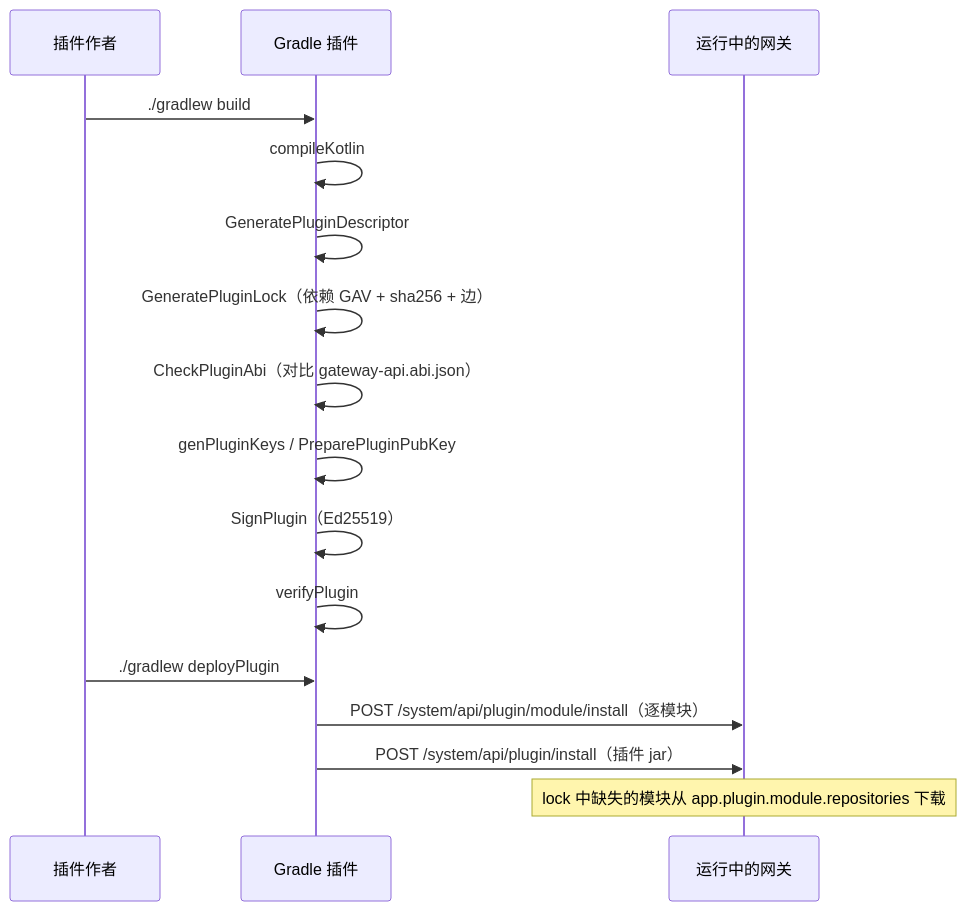
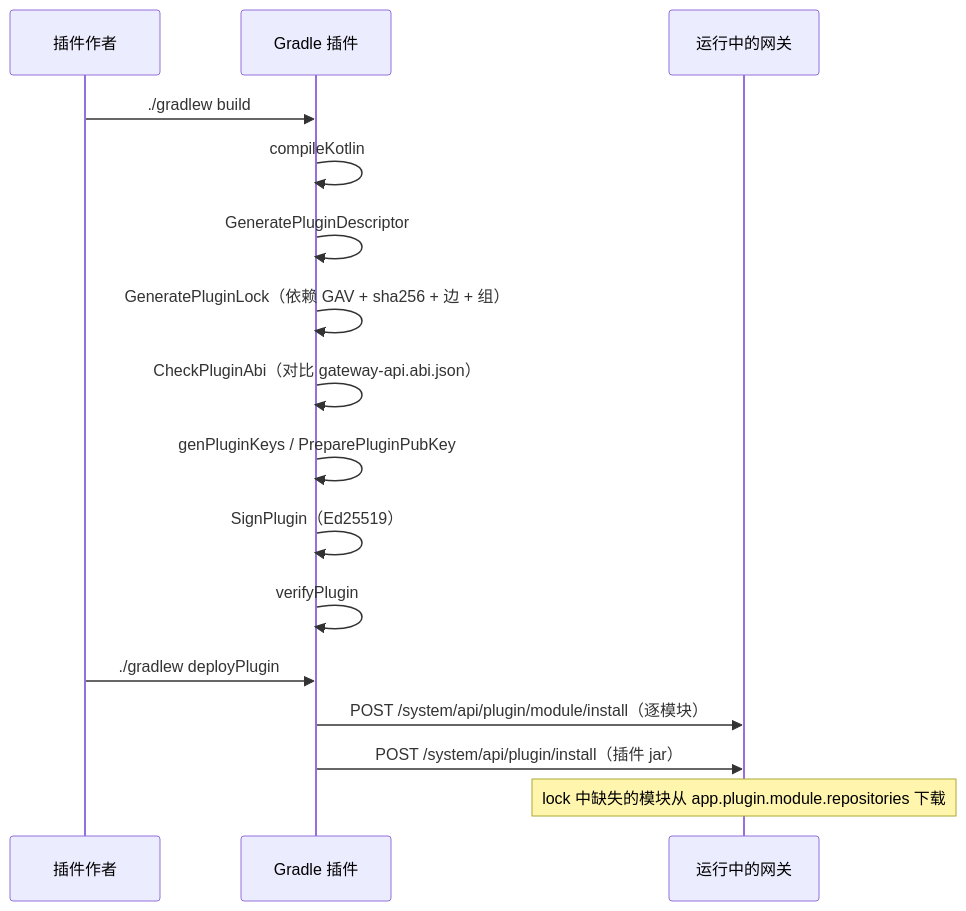
One commit to FatttSnake/api-management changed the second of 8 diagrams in docs/plugin-platform_zh.md. Above: the diagram before and after it, drawn with Mermaid. The commit also changed other lines of this file and 20 other files, not shown here.

````diff
--- a/docs/plugin-platform_zh.md
+++ b/docs/plugin-platform_zh.md
@@ -113,20 +113,20 @@
 ```mermaid
 sequenceDiagram
     participant Dev as 插件作者
     participant G as Gradle 插件
     participant GW as 运行中的网关
 
     Dev->>G: ./gradlew build
     G->>G: compileKotlin
     G->>G: GeneratePluginDescriptor
-    G->>G: GeneratePluginLock（依赖 GAV + sha256 + 边）
+    G->>G: GeneratePluginLock（依赖 GAV + sha256 + 边 + 组）
     G->>G: CheckPluginAbi（对比 gateway-api.abi.json）
     G->>G: genPluginKeys / PreparePluginPubKey
     G->>G: SignPlugin（Ed25519）
     G->>G: verifyPlugin
 
     Dev->>G: ./gradlew deployPlugin
     G->>GW: POST /system/api/plugin/module/install（逐模块）
     G->>GW: POST /system/api/plugin/install（插件 jar）
     Note over GW: lock 中缺失的模块从 app.plugin.module.repositories 下载
 ```
````
